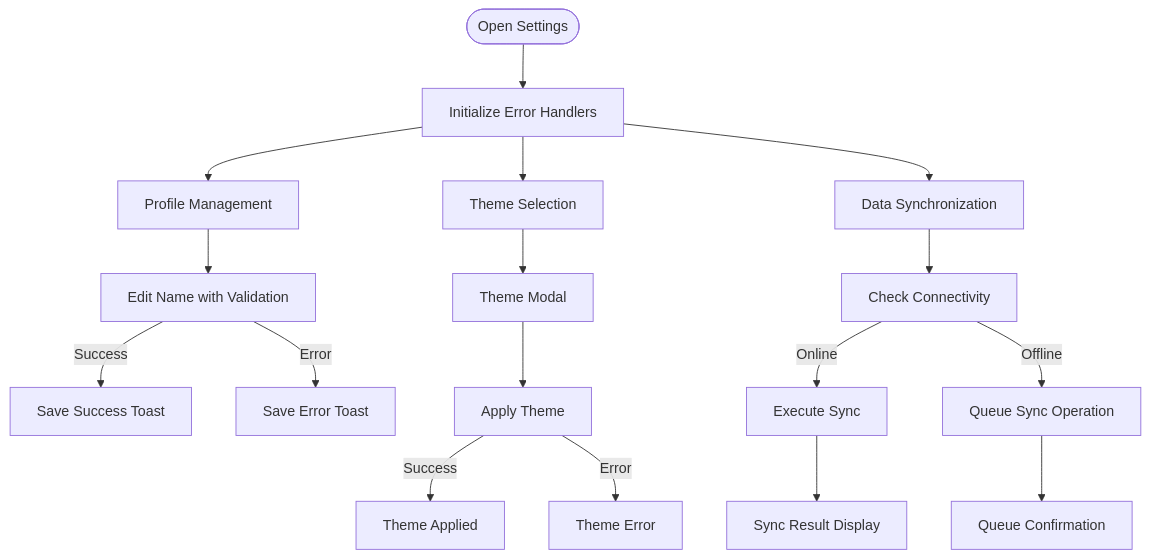
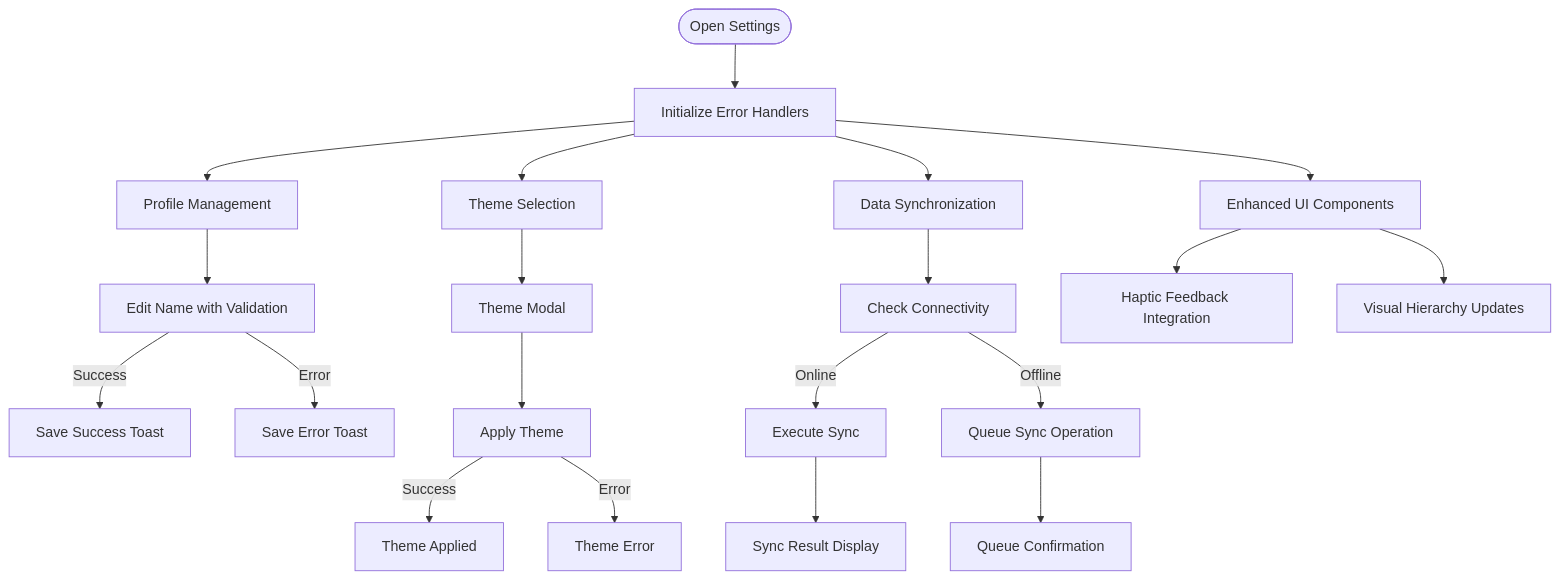
Before and after one commit to AdeelTahir-SE/DermSight: the third of 10 diagrams in .qoder/repowiki/en/content/Settings and Configuration.md, drawn with Mermaid. The commit also changed other lines of this file and 23 other files, not shown here.

First line of the commit message:
feat(camera): enhance capture screen with tabbed navigation and haptic feedback

````diff
--- a/.qoder/repowiki/en/content/Settings and Configuration.md
+++ b/.qoder/repowiki/en/content/Settings and Configuration.md
@@ -200,19 +207,22 @@
 ```mermaid
 flowchart TD
 Start(["Open Settings"]) --> ErrorHandler["Initialize Error Handlers"]
 ErrorHandler --> Profile["Profile Management"]
 Profile --> NameEdit["Edit Name with Validation"]
 NameEdit --> |Success| SaveSuccess["Save Success Toast"]
 NameEdit --> |Error| SaveError["Save Error Toast"]
 ErrorHandler --> ThemePicker["Theme Selection"]
 ThemePicker --> ThemeModal["Theme Modal"]
 ThemeModal --> ThemeApply["Apply Theme"]
 ThemeApply --> |Success| ThemeSuccess["Theme Applied"]
 ThemeApply --> |Error| ThemeError["Theme Error"]
 ErrorHandler --> DataSync["Data Synchronization"]
 DataSync --> SyncCheck["Check Connectivity"]
 SyncCheck --> |Online| ExecuteSync["Execute Sync"]
 SyncCheck --> |Offline| QueueSync["Queue Sync Operation"]
 ExecuteSync --> SyncResult["Sync Result Display"]
 QueueSync --> QueueMessage["Queue Confirmation"]
+ErrorHandler --> UIEnhancements["Enhanced UI Components"]
+UIEnhancements --> HapticFeedback["Haptic Feedback Integration"]
+UIEnhancements --> VisualHierarchy["Visual Hierarchy Updates"]
 ```
````
